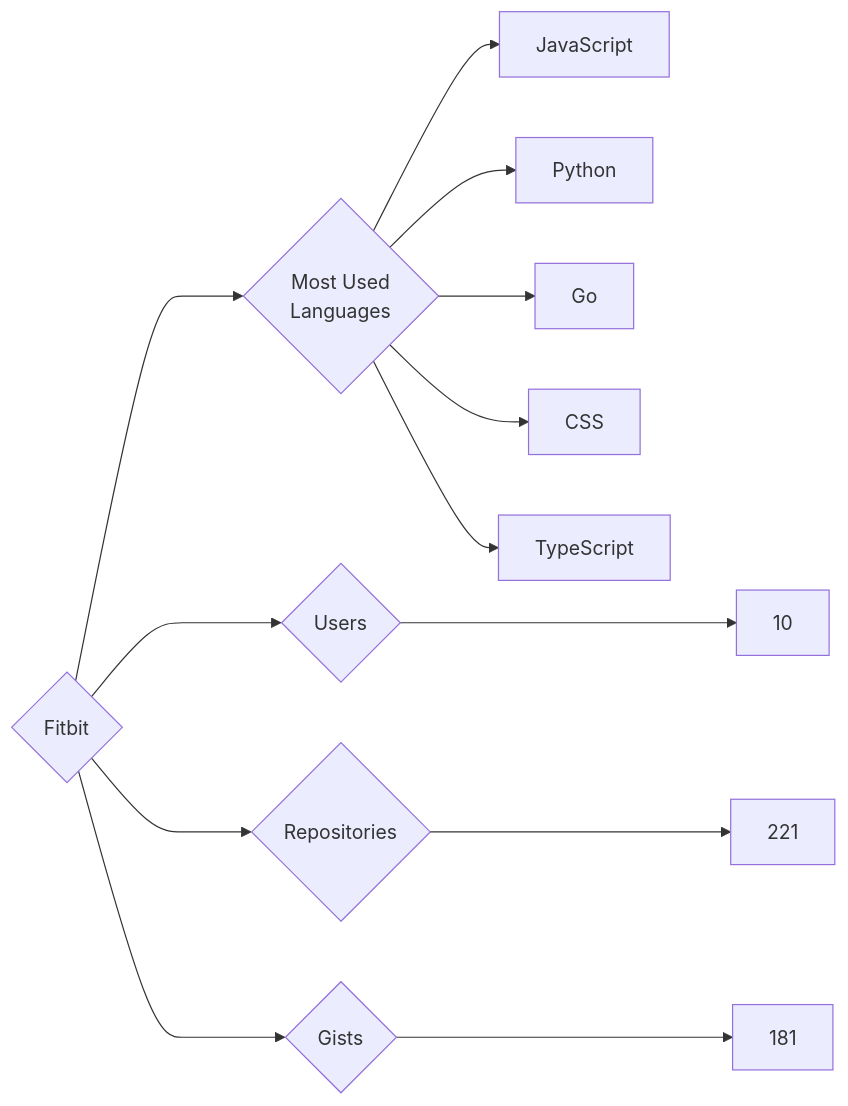
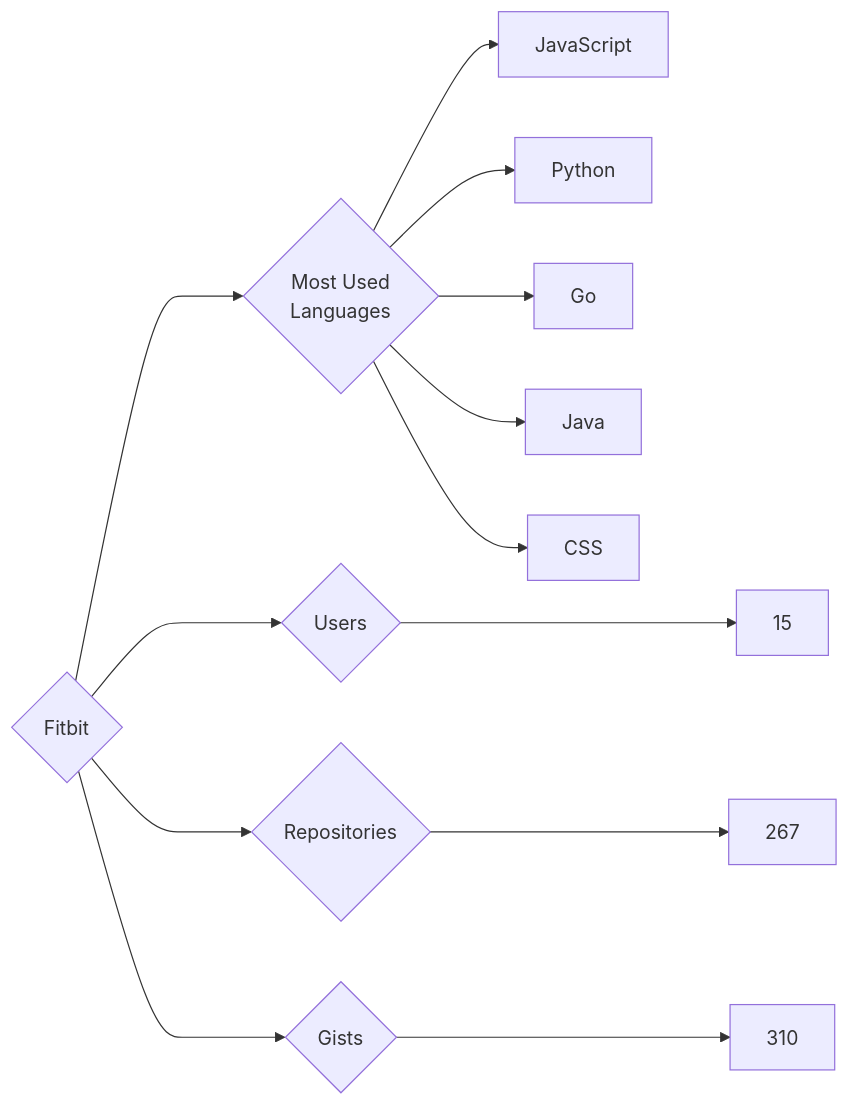
Before and after one commit to trickest/insiders: the diagram in targets/Fitbit/README.md, drawn with Mermaid. The commit also changed 681 other files, not shown here.

````diff
--- a/targets/Fitbit/README.md
+++ b/targets/Fitbit/README.md
@@ -3,13 +3,13 @@
 ```mermaid
 graph LR
 COMPANY_NAME{Fitbit}
-COMPANY_NAME ---> U{Users} ---> UN[10]
-COMPANY_NAME ---> R{Repositories} ---> RN[221]
-COMPANY_NAME ---> G{Gists} ---> GN[181]
+COMPANY_NAME ---> U{Users} ---> UN[15]
+COMPANY_NAME ---> R{Repositories} ---> RN[267]
+COMPANY_NAME ---> G{Gists} ---> GN[310]
 COMPANY_NAME ---> ML{Most Used<br>Languages}
 ML --> JavaScript[JavaScript]
 ML --> Python[Python]
 ML --> Go[Go]
+ML --> Java[Java]
 ML --> CSS[CSS]
-ML --> TypeScript[TypeScript]
 ```
````
